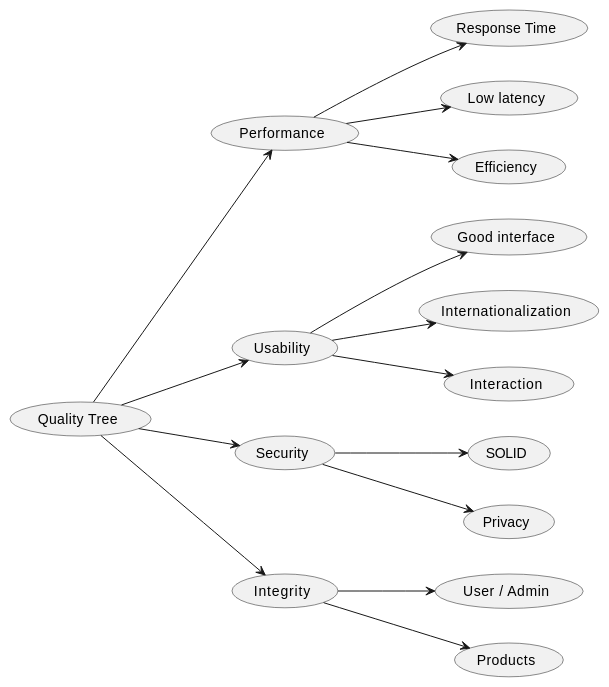
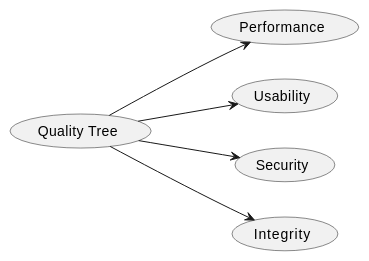
Before and after one commit to Arquisoft/Arquisoft-dede_es_04a: the diagram in docs/10_quality_scenarios.adoc, drawn with PlantUML. The commit also changed other lines of this file, not shown here.

Commit message:
Actualización de apartado 10

```diff
--- a/docs/10_quality_scenarios.adoc
+++ b/docs/10_quality_scenarios.adoc
@@ -8,33 +8,13 @@
 [plantuml, "Quality tree",png]
 ----
 left to right direction
 (Quality Tree) as (QT)
 (Performance) as (Pr)
 (Usability) as (U)
 (Security) as (Se)
 (Integrity) as (In)
-(Response Time) as (ResponseTime)
-(Low latency) as (LowLatency)
-(Efficiency) as (Efficiency)
-(Good interface) as (GoodInterface)
-(Internationalization) as (Inter)
-(Interaction) as (Interaction)
-(SOLID) as (SOLID)
-(Privacy) as (Privacy)
-(User / Admin) as (UserAdmin)
-(Products) as (Products)
 QT --> Pr
 QT --> U
 QT --> Se
 QT --> In
-Pr --> ResponseTime
-Pr --> LowLatency
-Pr --> Efficiency
-U --> GoodInterface
-U --> Inter
-U --> Interaction
-Se --> SOLID
-Se --> Privacy
-In --> UserAdmin
-In --> Products
 ----
```
